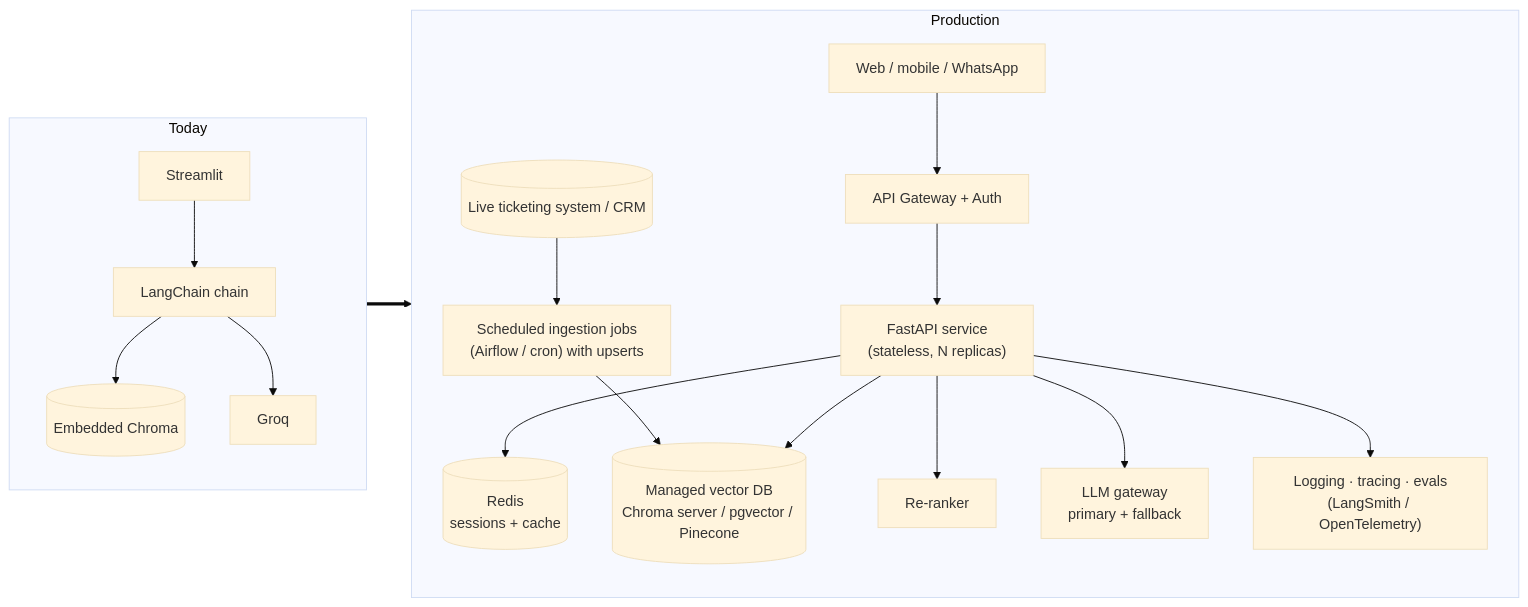
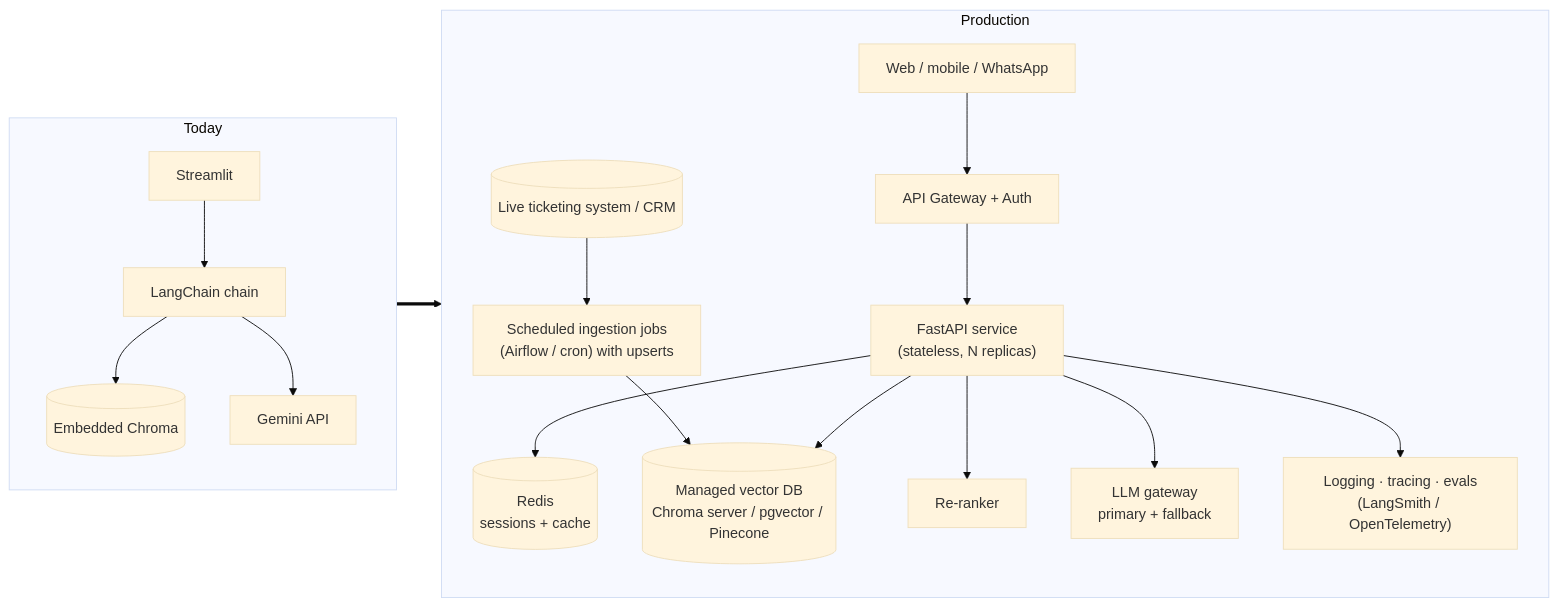
Before and after one commit to pavan-dharimireddy/RAG_Telecom_chat_bot: the eighth of 8 diagrams in architecture.md, drawn with Mermaid (base theme). The commit also changed other lines of this file and 9 other files, not shown here.

````diff
--- a/architecture.md
+++ b/architecture.md
@@ -310,19 +310,19 @@
 ```mermaid
 flowchart LR
     subgraph Today
         T1["Streamlit"] --> T2["LangChain chain"] --> T3[("Embedded Chroma")]
-        T2 --> T4["Groq"]
+        T2 --> T4["Gemini API"]
     end
     subgraph Production
         P0["Web / mobile / WhatsApp"] --> GW["API Gateway + Auth"]
         GW --> API["FastAPI service<br/>(stateless, N replicas)"]
         API --> CACHE[("Redis<br/>sessions + cache")]
         API --> VDB[("Managed vector DB<br/>Chroma server / pgvector / Pinecone")]
         API --> RR["Re-ranker"]
         API --> LLMGW["LLM gateway<br/>primary + fallback"]
         API --> OBS["Logging · tracing · evals<br/>(LangSmith / OpenTelemetry)"]
         ETL["Scheduled ingestion jobs<br/>(Airflow / cron) with upserts"] --> VDB
         CRM[("Live ticketing system / CRM")] --> ETL
     end
     Today ==> Production
 ```
````
